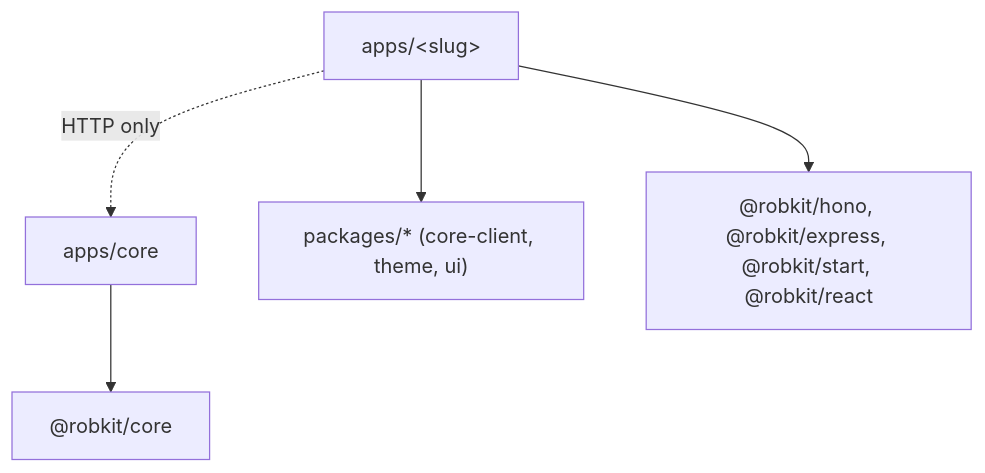
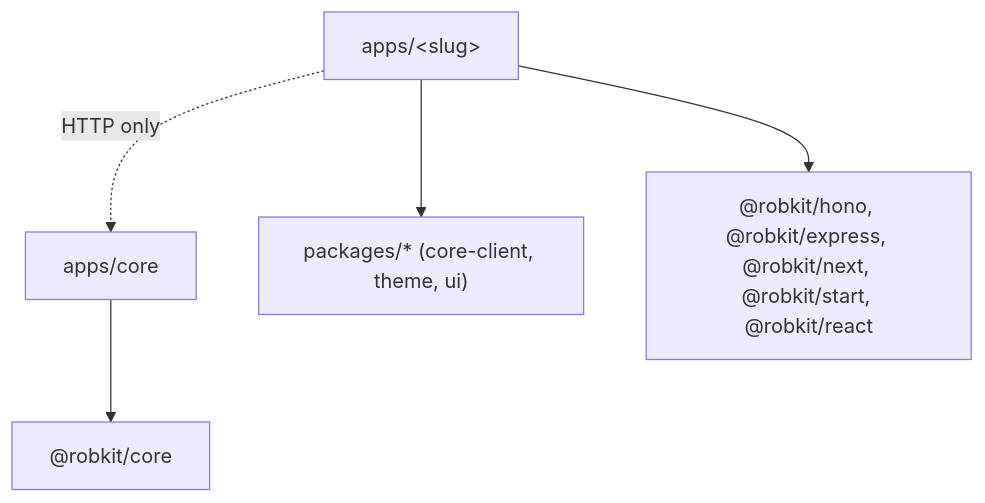
Before and after one commit to RobertScholey98/robkit: the fifth of 5 diagrams in docs/architecture.md, drawn with Mermaid. The commit also changed other lines of this file and 5 other files, not shown here.

````diff
--- a/docs/architecture.md
+++ b/docs/architecture.md
@@ -152,13 +155,13 @@
 ```mermaid
 flowchart TD
   app["apps/&lt;slug&gt;"]
   coreApp["apps/core"]
   shared["packages/* (core-client, theme, ui)"]
-  adapters["@robkit/hono, @robkit/express, @robkit/start, @robkit/react"]
+  adapters["@robkit/hono, @robkit/express, @robkit/next, @robkit/start, @robkit/react"]
   robkitCore["@robkit/core"]
 
   app --> shared
   app --> adapters
   coreApp --> robkitCore
   app -. HTTP only .-> coreApp
 ```
````
